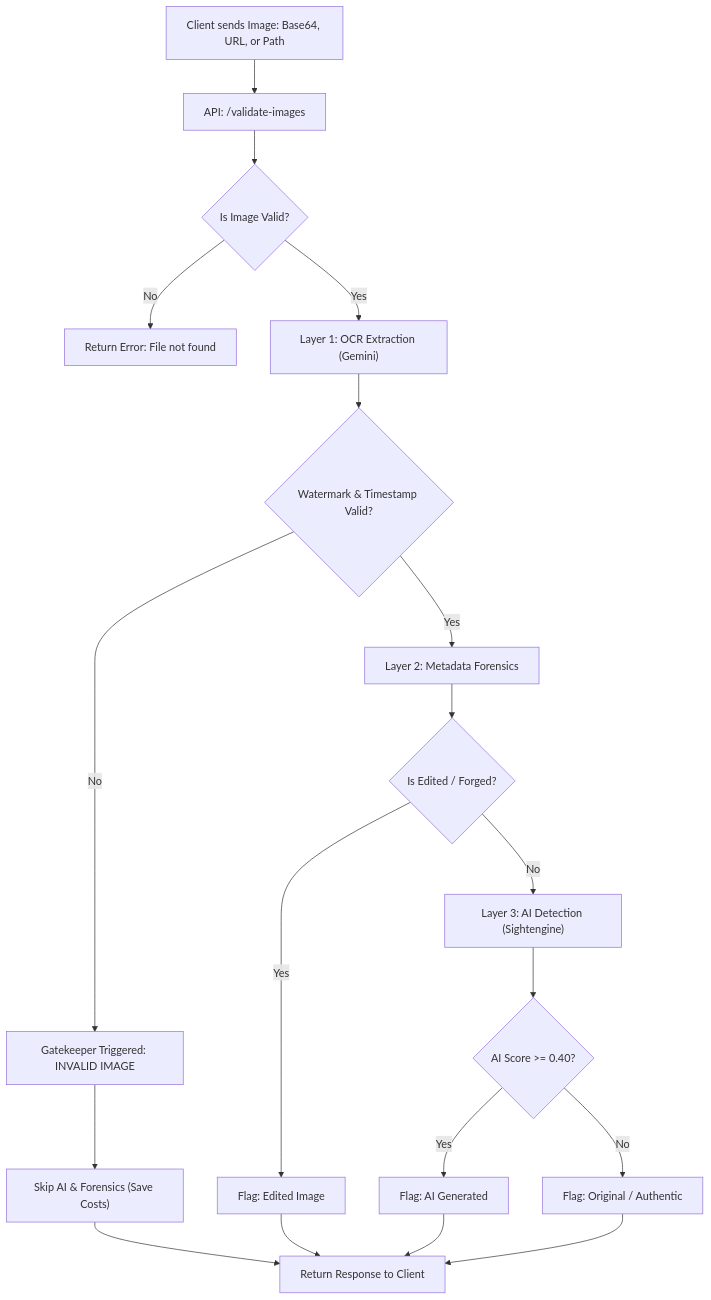
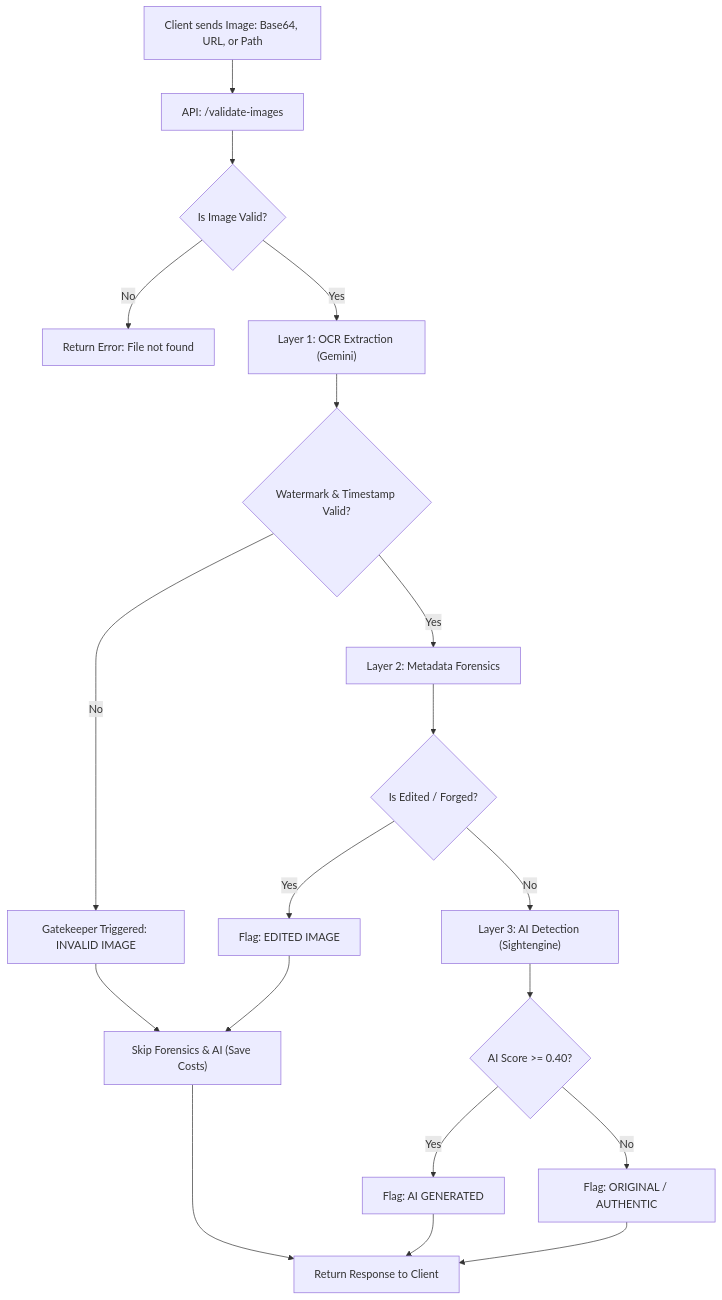
Before and after one commit to Jamaludeen001/AIImageDetection: the diagram in readme.md, drawn with Mermaid.

````diff
--- a/readme.md
+++ b/readme.md
@@ -22,28 +22,29 @@
 ```mermaid
 graph TD
     A["Client sends Image: Base64, URL, or Path"] --> B["API: /validate-images"]
     
     B --> C{"Is Image Valid?"}
     C -- No --> D["Return Error: File not found"]
     C -- Yes --> E["Layer 1: OCR Extraction (Gemini)"]
     
     E --> F{"Watermark & Timestamp Valid?"}
     
     F -- No --> G["Gatekeeper Triggered: INVALID IMAGE"]
-    G --> H["Skip AI & Forensics (Save Costs)"]
+    G --> H["Skip Forensics & AI (Save Costs)"]
     H --> Z["Return Response to Client"]
     
     F -- Yes --> I["Layer 2: Metadata Forensics"]
     I --> J{"Is Edited / Forged?"}
     
-    J -- Yes --> K["Flag: Edited Image"]
-    K --> Z
+    J -- Yes --> K["Flag: EDITED IMAGE"]
+    K --> H
+    
     J -- No --> L["Layer 3: AI Detection (Sightengine)"]
     
     L --> M{"AI Score >= 0.40?"}
-    M -- Yes --> N["Flag: AI Generated"]
-    M -- No --> O["Flag: Original / Authentic"]
+    M -- Yes --> N["Flag: AI GENERATED"]
+    M -- No --> O["Flag: ORIGINAL / AUTHENTIC"]
     
     N --> Z
     O --> Z
 ```
````
